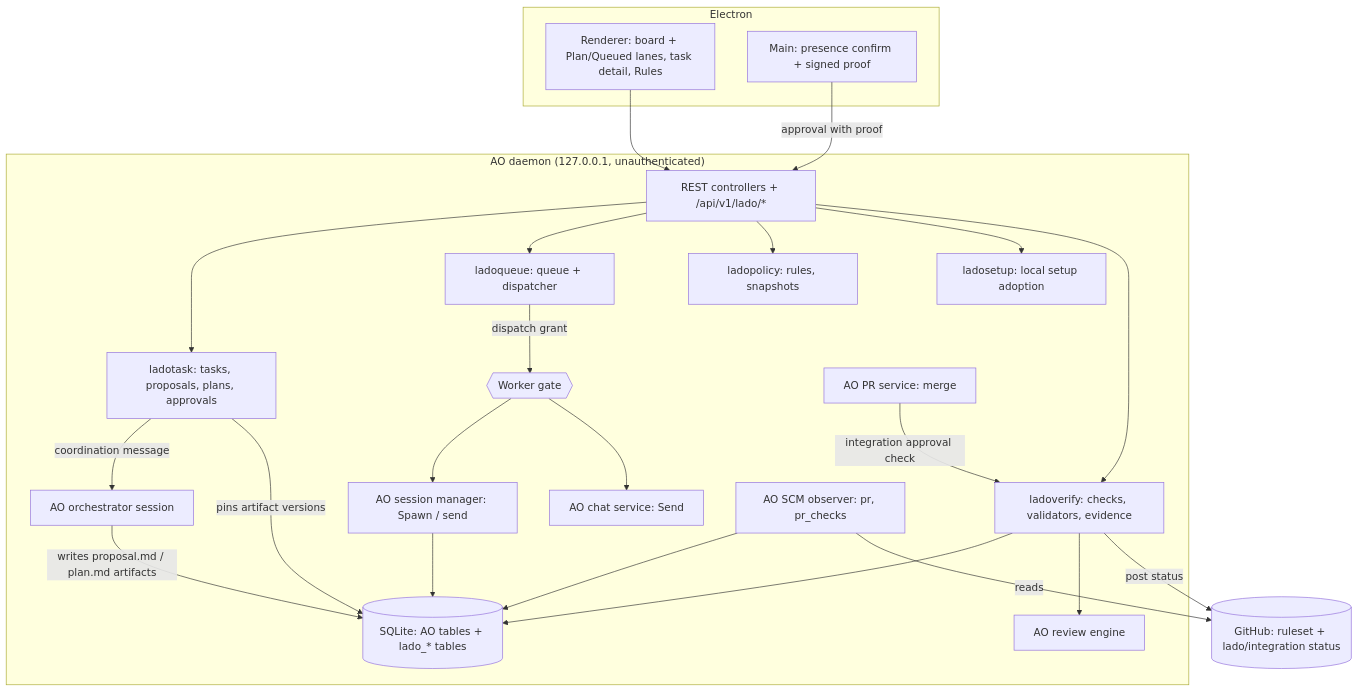
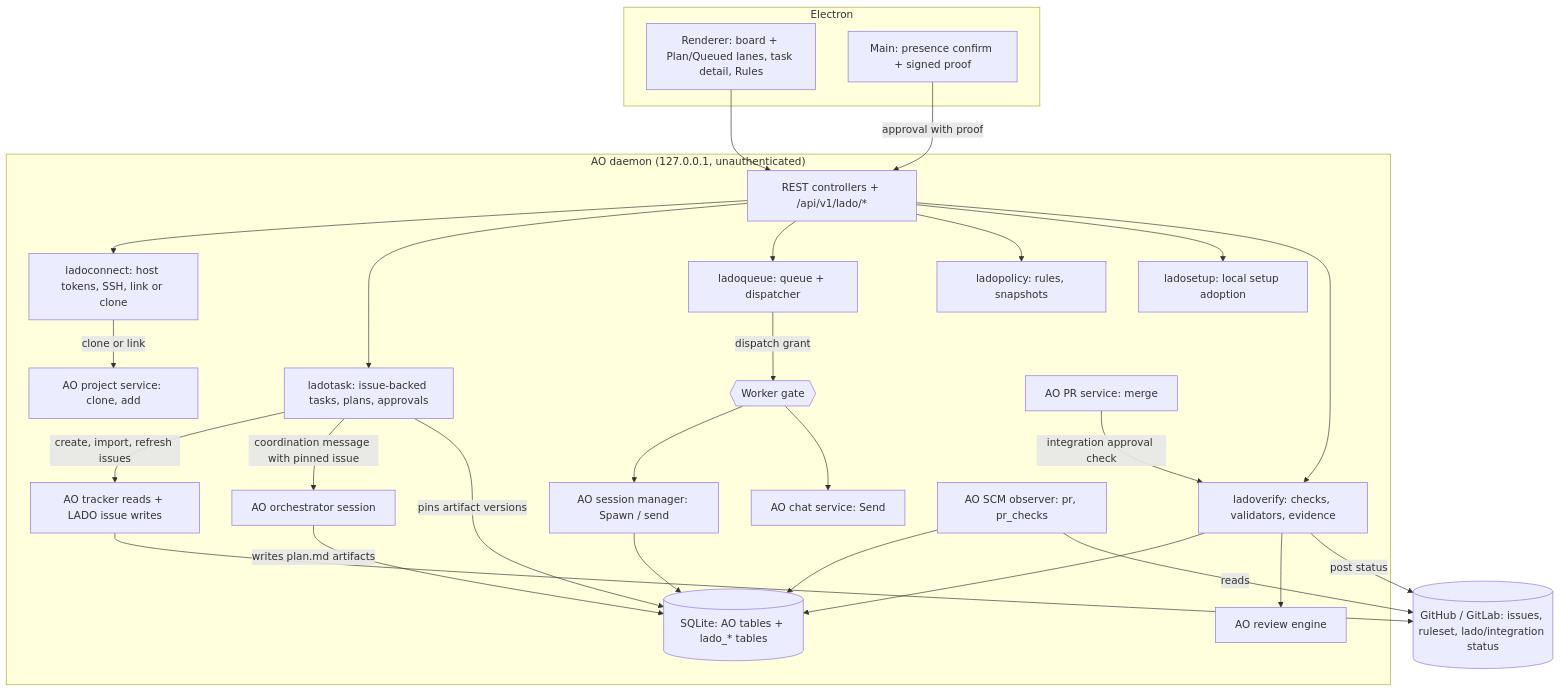
One commit to LJY981008/agent-orchestrator-fork changed the diagram in docs/LJY-PRD/TDD.md. Above: the diagram before and after it, drawn with Mermaid. The commit also changed other lines of this file and 5 other files, not shown here.

First line of the commit message:
docs: manage LADO work as issues on the connected repository

````diff
--- a/docs/LJY-PRD/TDD.md
+++ b/docs/LJY-PRD/TDD.md
@@ -88,40 +93,46 @@
 ```mermaid
 flowchart TD
   subgraph Desktop["Electron"]
     R[Renderer: board + Plan/Queued lanes, task detail, Rules]
     MP[Main: presence confirm + signed proof]
   end
   subgraph Daemon["AO daemon (127.0.0.1, unauthenticated)"]
     API[REST controllers + /api/v1/lado/*]
-    LT[ladotask: tasks, proposals, plans, approvals]
+    LC[ladoconnect: host tokens, SSH, link or clone]
+    LT[ladotask: issue-backed tasks, plans, approvals]
     LQ[ladoqueue: queue + dispatcher]
     LP[ladopolicy: rules, snapshots]
     LS[ladosetup: local setup adoption]
     LV[ladoverify: checks, validators, evidence]
     G{{Worker gate}}
     M[AO session manager: Spawn / send]
     C[AO chat service: Send]
     O[AO orchestrator session]
+    PJ[AO project service: clone, add]
+    TRK[AO tracker reads + LADO issue writes]
     PR[AO PR service: merge]
     SCM[AO SCM observer: pr, pr_checks]
     RV[AO review engine]
     DB[(SQLite: AO tables + lado_* tables)]
   end
-  GH[(GitHub: ruleset + lado/integration status)]
+  GH[(GitHub / GitLab: issues, ruleset, lado/integration status)]
   R --> API
   MP -->|approval with proof| API
-  API --> LT & LQ & LP & LS & LV
-  LT -->|coordination message| O
-  O -->|writes proposal.md / plan.md artifacts| DB
+  API --> LC & LT & LQ & LP & LS & LV
+  LC -->|clone or link| PJ
+  LT -->|create, import, refresh issues| TRK
+  TRK --> GH
+  LT -->|coordination message with pinned issue| O
+  O -->|writes plan.md artifacts| DB
   LT -->|pins artifact versions| DB
   LQ -->|dispatch grant| G
   G --> M
   G --> C
   M --> DB
   SCM --> DB
   LV --> DB
   LV --> RV
   PR -->|integration approval check| LV
   LV -->|post status| GH
   SCM -->|reads| GH
 ```
````
